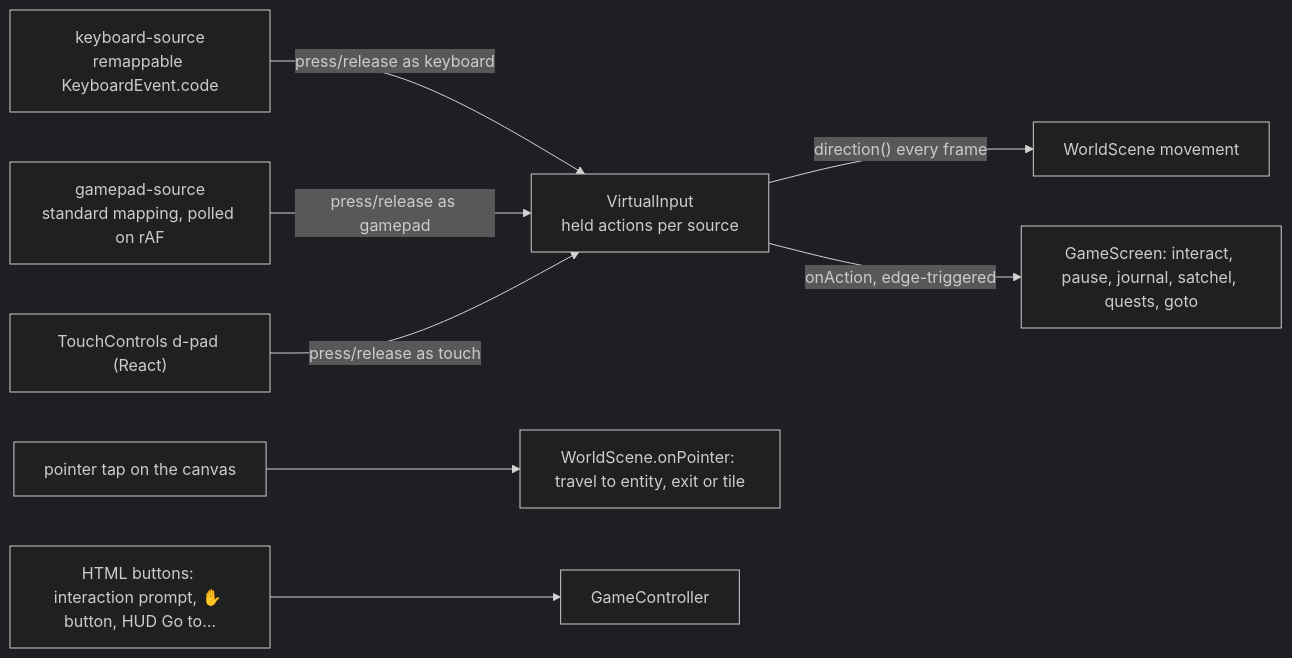
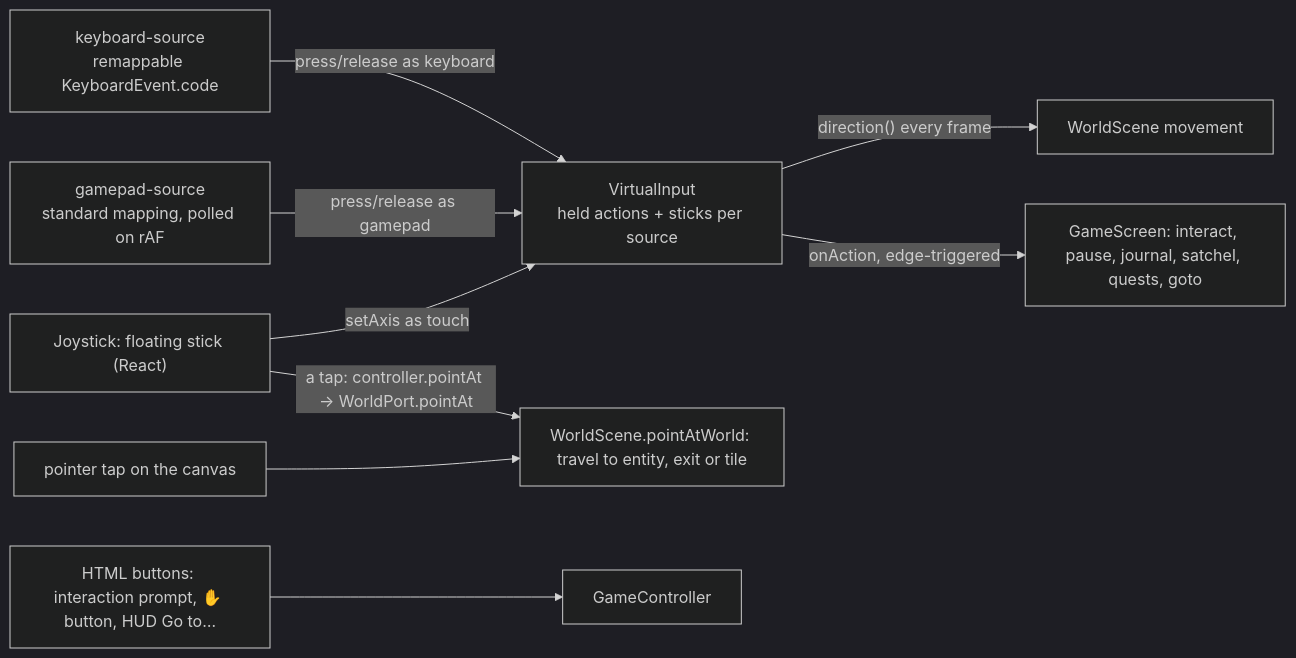
Diagram 13 of 13 in docs/architecture.md (Zac-Harlan-Lee-Enterprises/witness), drawn with Mermaid (dark theme) before and after one commit. The commit also changed other lines of this file and 16 other files, not shown here.

First line of the commit message:
feat(touch): a floating joystick in place of the on-screen d-pad

````diff
--- a/docs/architecture.md
+++ b/docs/architecture.md
@@ -1057,10 +1057,11 @@
 ```mermaid
 flowchart LR
   kb["keyboard-source<br/>remappable KeyboardEvent.code"] -- "press/release as keyboard" --> vi
   gp["gamepad-source<br/>standard mapping, polled on rAF"] -- "press/release as gamepad" --> vi
-  tc["TouchControls d-pad (React)"] -- "press/release as touch" --> vi
-  vi["VirtualInput<br/>held actions per source"] -- "direction() every frame" --> ws["WorldScene movement"]
+  tc["Joystick: floating stick (React)"] -- "setAxis as touch" --> vi
+  tc -- "a tap: controller.pointAt → WorldPort.pointAt" --> tap
+  vi["VirtualInput<br/>held actions + sticks per source"] -- "direction() every frame" --> ws["WorldScene movement"]
   vi -- "onAction, edge-triggered" --> gs["GameScreen: interact, pause, journal, satchel, quests, goto"]
-  ptr["pointer tap on the canvas"] --> tap["WorldScene.onPointer: travel to entity, exit or tile"]
+  ptr["pointer tap on the canvas"] --> tap["WorldScene.pointAtWorld: travel to entity, exit or tile"]
   html["HTML buttons: interaction prompt, ✋ button, HUD Go to…"] --> gc["GameController"]
 ```
````
